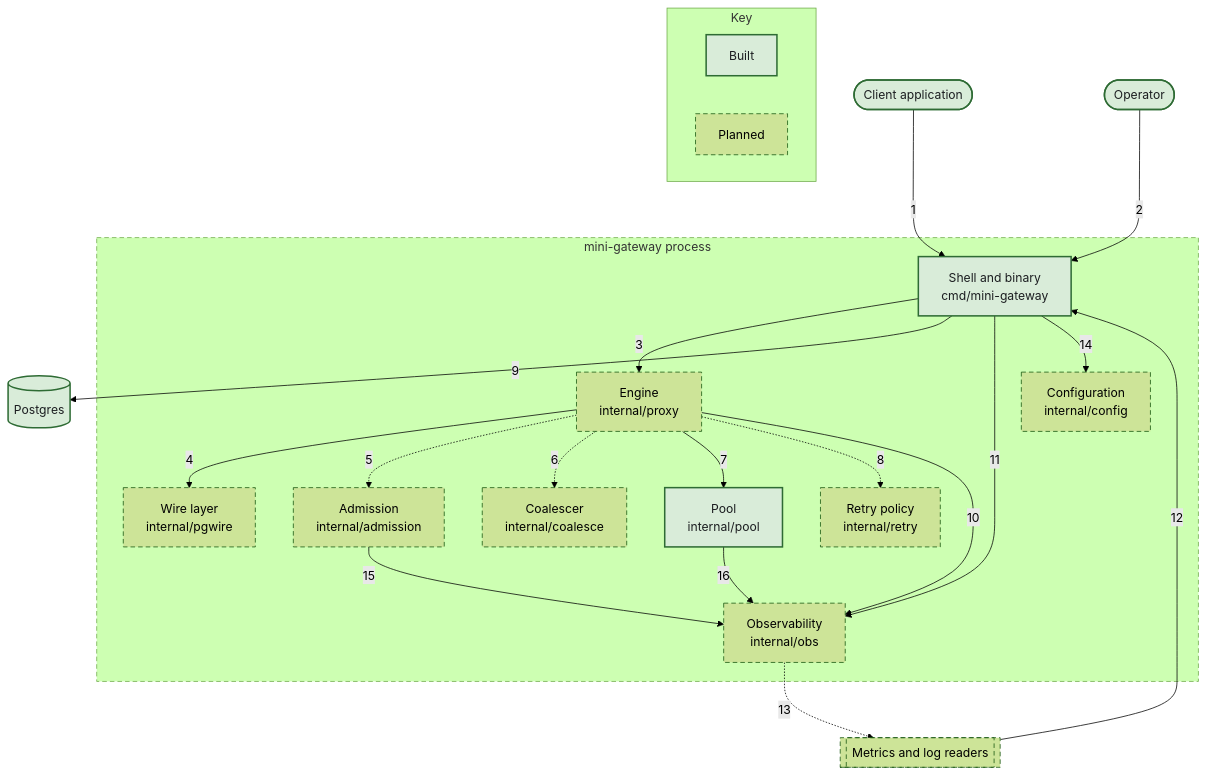
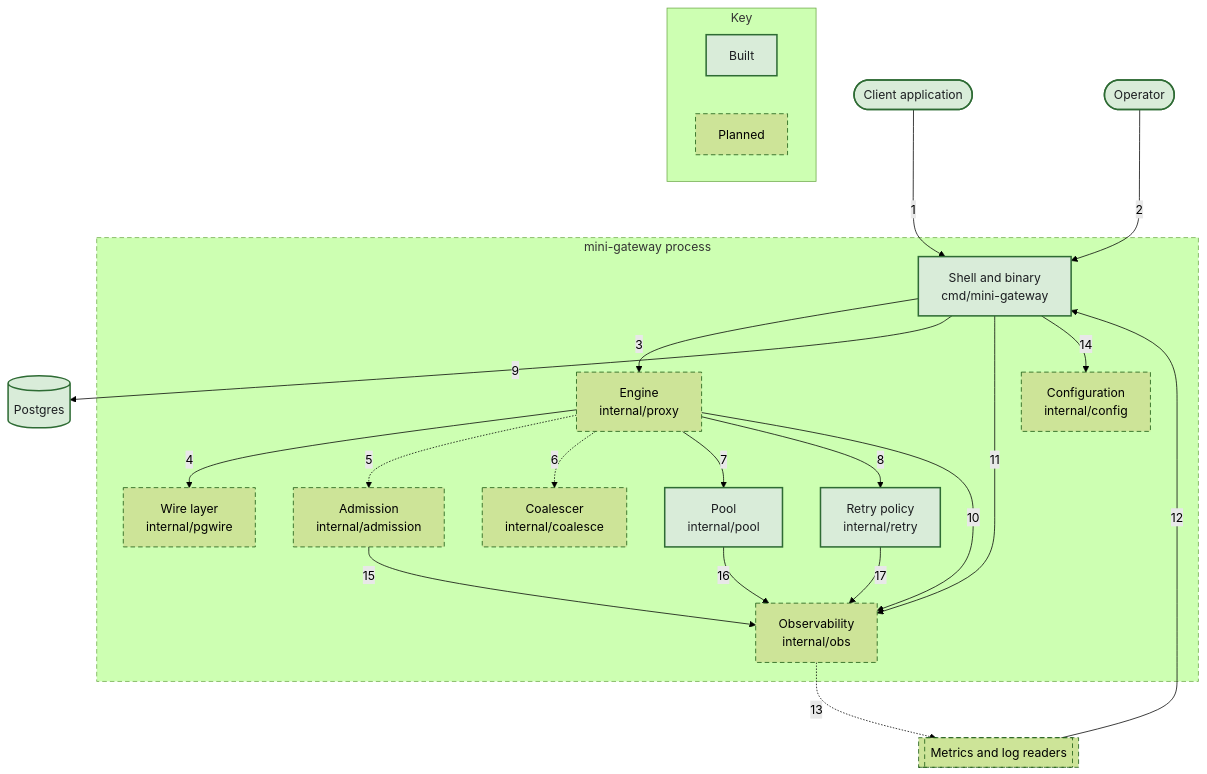
One commit to nickstrad/mini-gateway changed the diagram in docs/c4/diagrams/02-container-request-path.mmd. Above: the diagram before and after it, drawn with Mermaid (forest theme). The commit also changed 19 other files, not shown here.

First line of the commit message:
c4: mark chunk 12's retry policy built and draw its wiring

```diff
--- a/docs/c4/diagrams/02-container-request-path.mmd
+++ b/docs/c4/diagrams/02-container-request-path.mmd
@@ -1,39 +1,40 @@
 flowchart TB
   APP(["Client application"]):::built
   OPERATOR(["Operator"]):::built
   PG[("Postgres")]:::built
   TELEMETRY[["Metrics and log readers"]]:::planned
   subgraph SCOPE["mini-gateway process"]
     C_SHELL["Shell and binary<br/>cmd/mini-gateway"]:::built
     C_ENGINE["Engine<br/>internal/proxy"]:::planned
     C_PGWIRE["Wire layer<br/>internal/pgwire"]:::planned
     C_ADM["Admission<br/>internal/admission"]:::planned
     C_COAL["Coalescer<br/>internal/coalesce"]:::planned
     C_POOL["Pool<br/>internal/pool"]:::built
-    C_RETRY["Retry policy<br/>internal/retry"]:::planned
+    C_RETRY["Retry policy<br/>internal/retry"]:::built
     C_OBS["Observability<br/>internal/obs"]:::planned
     C_CONFIG["Configuration<br/>internal/config"]:::planned
   end
   APP -->|1| C_SHELL
   OPERATOR -->|2| C_SHELL
   C_SHELL -->|3| C_ENGINE
   C_ENGINE -->|4| C_PGWIRE
   C_ENGINE -.->|5| C_ADM
   C_ENGINE -.->|6| C_COAL
   C_ENGINE -->|7| C_POOL
-  C_ENGINE -.->|8| C_RETRY
+  C_ENGINE -->|8| C_RETRY
   C_SHELL -->|9| PG
   C_ENGINE -->|10| C_OBS
   C_SHELL -->|11| C_OBS
   TELEMETRY -->|12| C_SHELL
   C_OBS -.->|13| TELEMETRY
   C_SHELL -->|14| C_CONFIG
   C_ADM -->|15| C_OBS
   C_POOL -->|16| C_OBS
+  C_RETRY -->|17| C_OBS
   subgraph KEY["Key"]
     KEY_BUILT["Built"]:::built
     KEY_PLANNED["Planned"]:::planned
   end
   classDef built fill:#d9ecd9,stroke:#2e6b34,stroke-width:2px,color:#1c1e21
   classDef planned stroke-width:1px,stroke-dasharray:6 4
   style SCOPE stroke-dasharray:6 4
```
